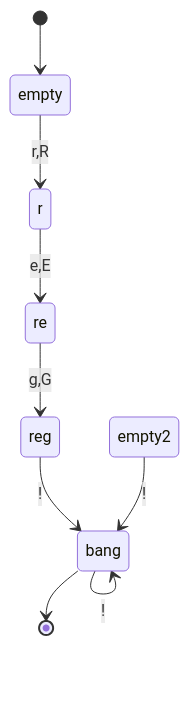
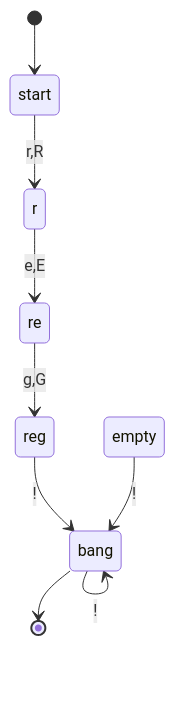
Before and after one commit to raganwald/raganwald.github.com: diagram 20 of 39 in _posts/2019-09-21-regular-expressions.md, drawn with Mermaid. The commit also changed other lines of this file, not shown here.

```diff
--- a/_posts/2019-09-21-regular-expressions.md
+++ b/_posts/2019-09-21-regular-expressions.md
@@ -2121,11 +2139,11 @@
 <div class="mermaid">
   stateDiagram
-    [*]-->empty
-    empty-->r : r,R
+    [*]-->start
+    start-->r : r,R
     r-->re : e,E
     re-->reg : g,G
     reg-->bang : !
-    empty2-->bang : !
+    empty-->bang : !
     bang-->bang : !
     bang-->[*]
 </div>
```
